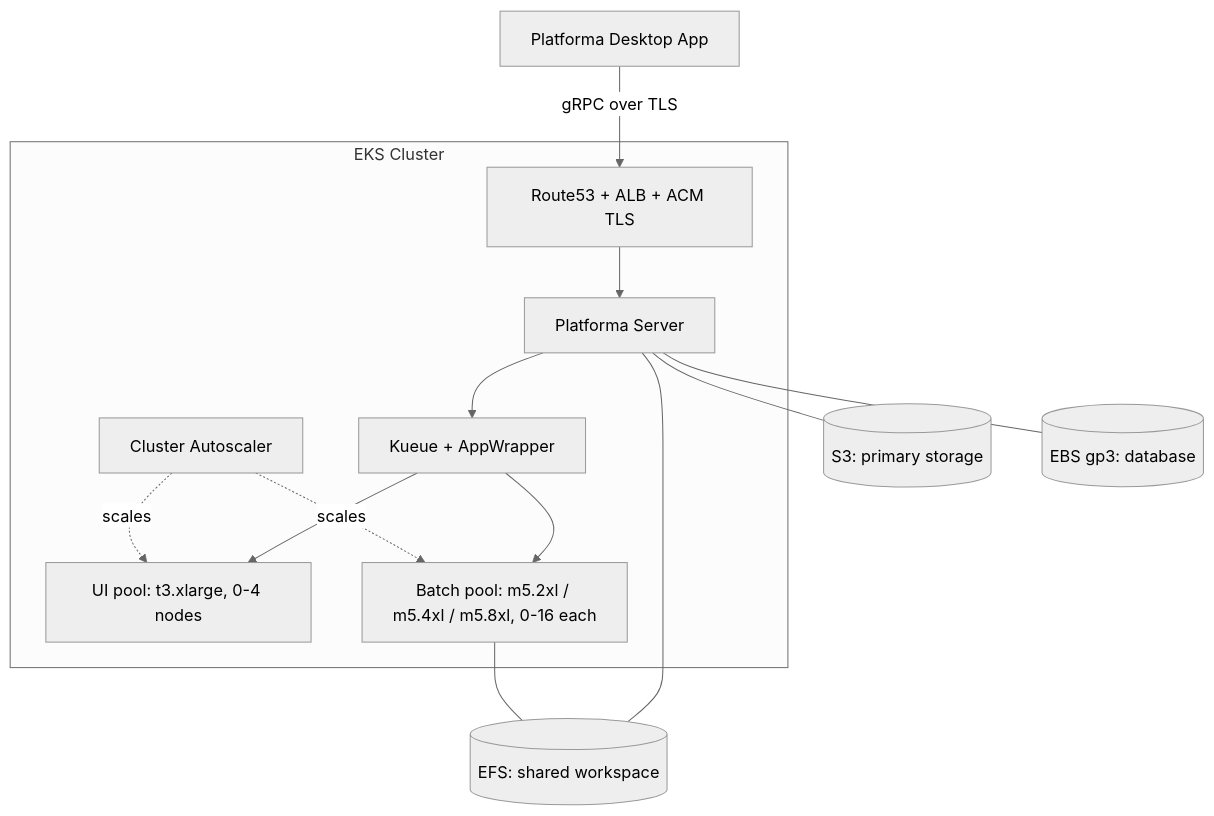
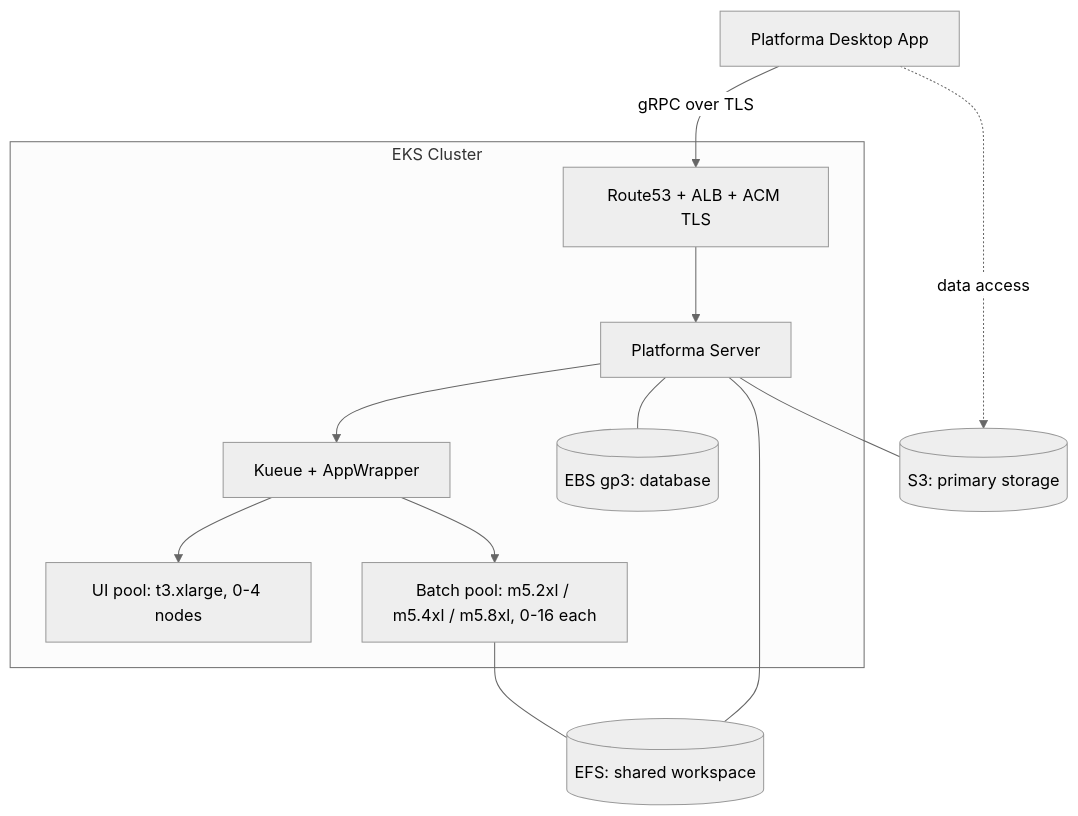
Before and after one commit to milaboratory/platforma-helm: the first of 2 diagrams in infrastructure/aws/README.md, drawn with Mermaid (neutral theme). The commit also changed other lines of this file and 2 other files, not shown here.

````diff
--- a/infrastructure/aws/README.md
+++ b/infrastructure/aws/README.md
@@ -9,21 +9,20 @@
 ```mermaid
 graph TD
     desktop["Platforma Desktop App"]
     dns["Route53 + ALB + ACM TLS"]
 
     desktop -->|"gRPC over TLS"| dns
+    desktop -.->|"data access"| s3
 
     subgraph EKS["EKS Cluster"]
         dns --> platforma["Platforma Server"]
         platforma --> kueue["Kueue + AppWrapper"]
         kueue --> ui["UI pool: t3.xlarge, 0-4 nodes"]
         kueue --> batch["Batch pool: m5.2xl / m5.4xl / m5.8xl, 0-16 each"]
-        ca["Cluster Autoscaler"] -.->|scales| ui
-        ca -.->|scales| batch
+        platforma --- ebs[("EBS gp3: database")]
     end
 
     platforma --- s3[("S3: primary storage")]
-    platforma --- ebs[("EBS gp3: database")]
     platforma --- efs[("EFS: shared workspace")]
     batch --- efs
 ```
````
